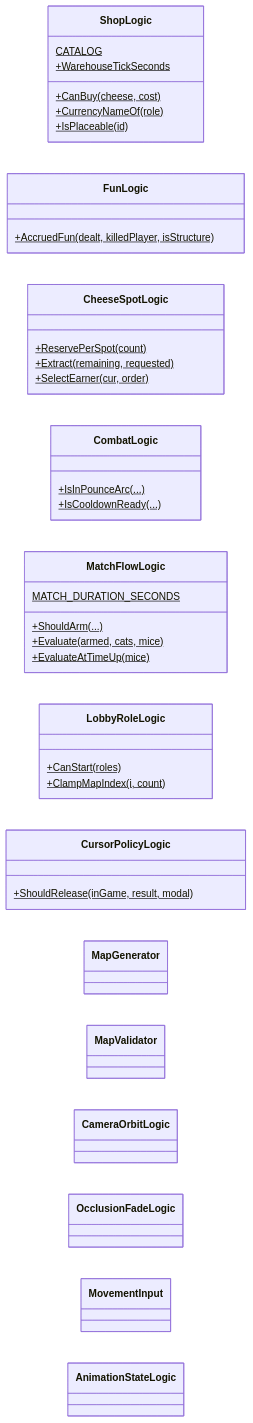
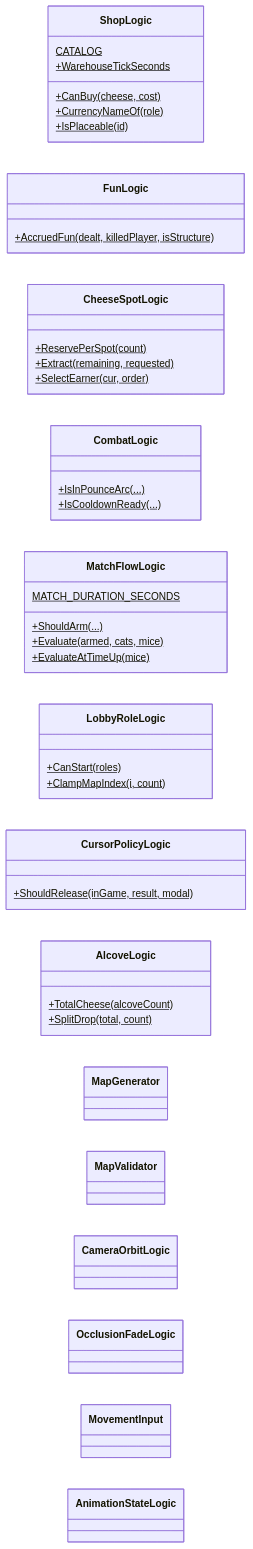
The eighth of 13 diagrams in CTC/docs/design-vault/코드 다이어그램.md (JeahanPark/The-Cheese-Thief-and-the-Cat), drawn with Mermaid before and after one commit. The commit also changed other lines of this file and 52 other files, not shown here.

````diff
--- a/CTC/docs/design-vault/코드 다이어그램.md
+++ b/CTC/docs/design-vault/코드 다이어그램.md
@@ -264,42 +291,46 @@
 ```mermaid
 classDiagram
     direction LR
     class ShopLogic {
         CATALOG$
         +CanBuy(cheese, cost)$
         +CurrencyNameOf(role)$
         +IsPlaceable(id)$
         +WarehouseTickSeconds$
     }
     class FunLogic {
         +AccruedFun(dealt, killedPlayer, isStructure)$
     }
     class CheeseSpotLogic {
         +ReservePerSpot(count)$
         +Extract(remaining, requested)$
         +SelectEarner(cur, order)$
     }
     class CombatLogic {
         +IsInPounceArc(...)$
         +IsCooldownReady(...)$
     }
     class MatchFlowLogic {
         MATCH_DURATION_SECONDS$
         +ShouldArm(...)$
         +Evaluate(armed, cats, mice)$
         +EvaluateAtTimeUp(mice)$
     }
     class LobbyRoleLogic {
         +CanStart(roles)$
         +ClampMapIndex(i, count)$
     }
     class CursorPolicyLogic {
         +ShouldRelease(inGame, result, modal)$
     }
+    class AlcoveLogic {
+        +TotalCheese(alcoveCount)$
+        +SplitDrop(total, count)$
+    }
     class MapGenerator
     class MapValidator
     class CameraOrbitLogic
     class OcclusionFadeLogic
     class MovementInput
     class AnimationStateLogic
 ```
````
